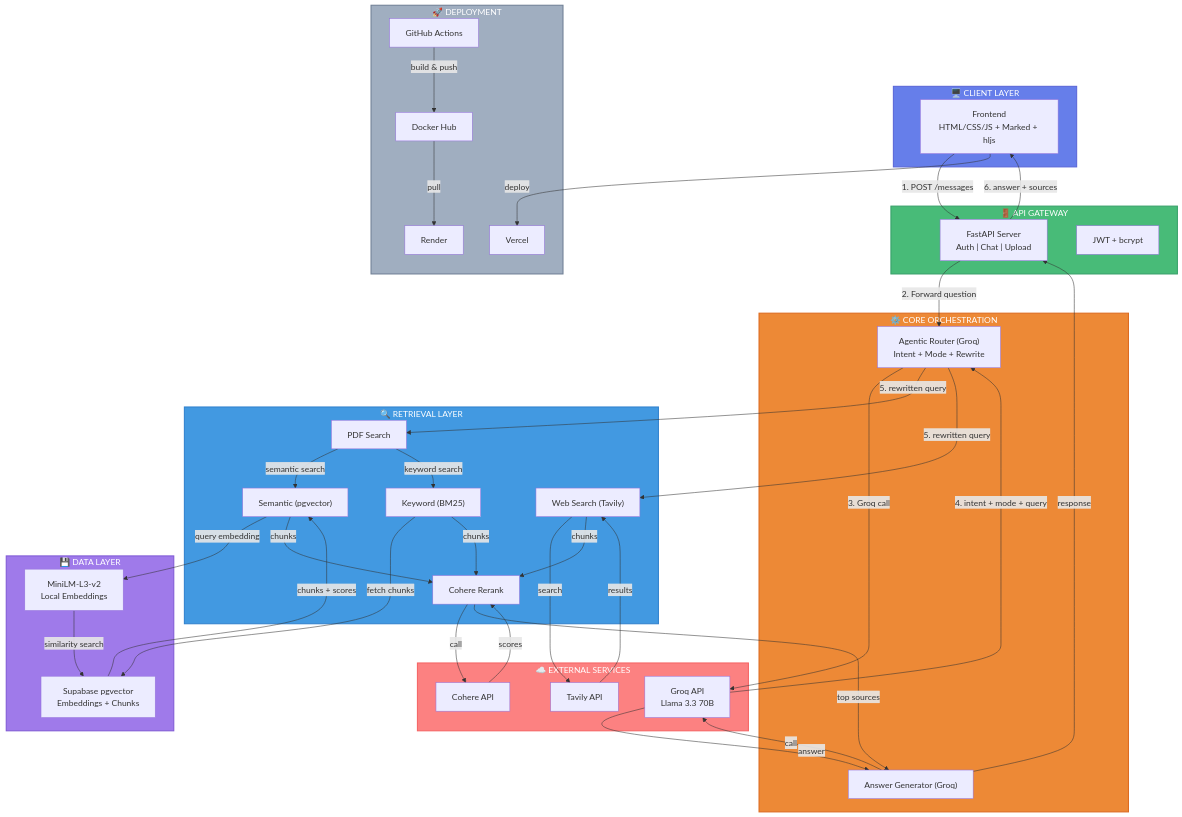
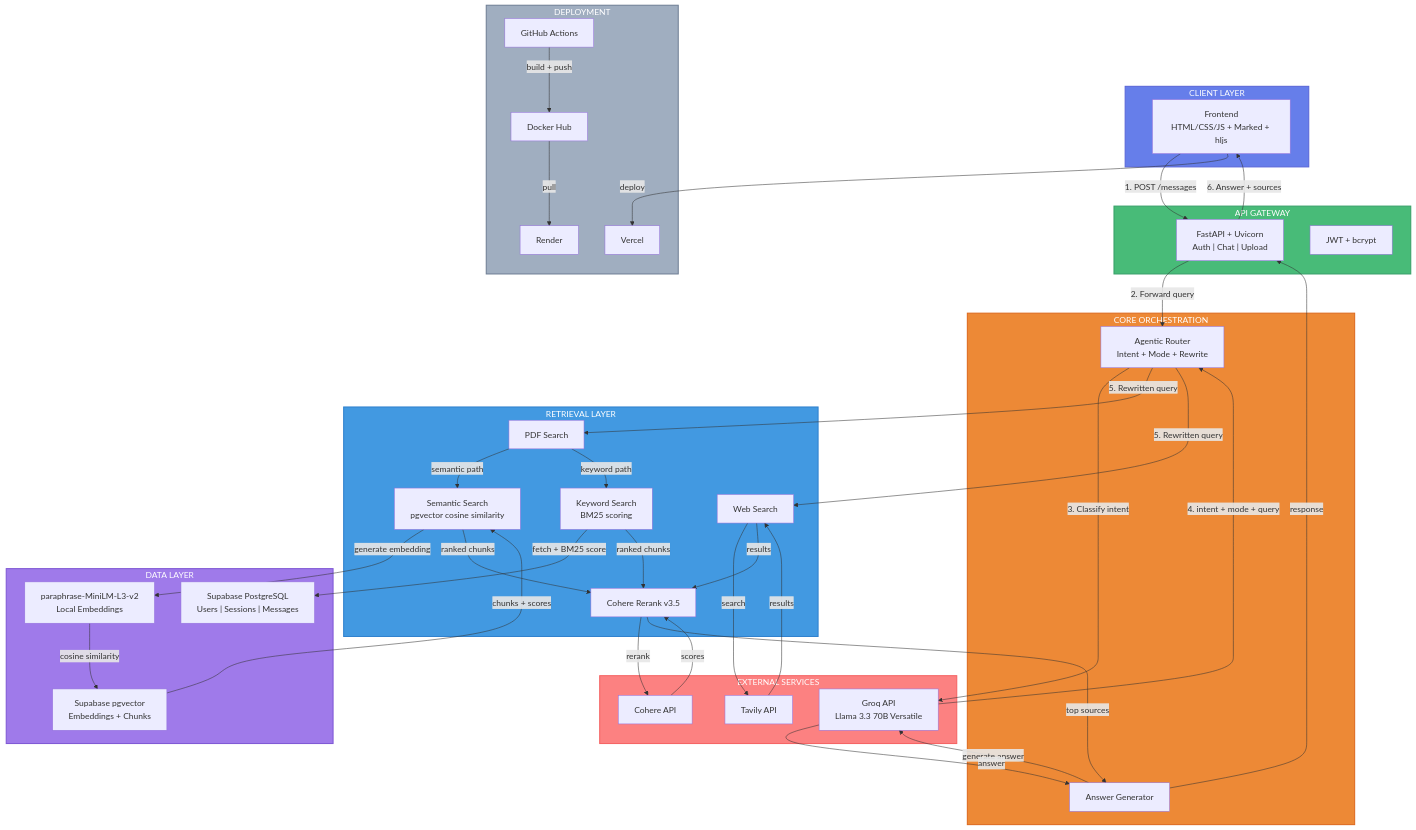
Before and after one commit to ajayraj30002/DualMind: the second of 3 diagrams in README.md, drawn with Mermaid. The commit also changed other lines of this file and 3 other files, not shown here.

First line of the commit message:
feat: overhaul README, add logo, .env.example, and parallelize PDF search

````diff
--- a/README.md
+++ b/README.md
@@ -52,83 +148,78 @@
 ```mermaid
 flowchart TB
-    subgraph CLIENT["🖥️ CLIENT LAYER"]
+    subgraph CLIENT["CLIENT LAYER"]
         UI["Frontend<br/>HTML/CSS/JS + Marked + hljs"]
     end
 
-    subgraph API["🚪 API GATEWAY"]
-        FAST["FastAPI Server<br/>Auth | Chat | Upload"]
+    subgraph API["API GATEWAY"]
+        FAST["FastAPI + Uvicorn<br/>Auth | Chat | Upload"]
         AUTH["JWT + bcrypt"]
     end
 
-    subgraph CORE["⚙️ CORE ORCHESTRATION"]
-        ROUTER["Agentic Router (Groq)<br/>Intent + Mode + Rewrite"]
-        GENERATOR["Answer Generator (Groq)"]
+    subgraph CORE["CORE ORCHESTRATION"]
+        ROUTER["Agentic Router<br/>Intent + Mode + Rewrite"]
+        GENERATOR["Answer Generator"]
     end
 
-    subgraph RETRIEVAL["🔍 RETRIEVAL LAYER"]
+    subgraph RETRIEVAL["RETRIEVAL LAYER"]
         PDF["PDF Search"]
-        SEMANTIC["Semantic (pgvector)"]
-        KEYWORD["Keyword (BM25)"]
-        WEB["Web Search (Tavily)"]
-        RERANK["Cohere Rerank"]
+        SEMANTIC["Semantic Search<br/>pgvector cosine similarity"]
+        KEYWORD["Keyword Search<br/>BM25 scoring"]
+        WEB["Web Search"]
+        RERANK["Cohere Rerank v3.5"]
     end
 
-    subgraph DATA["💾 DATA LAYER"]
-        SUPABASE["Supabase pgvector<br/>Embeddings + Chunks"]
-        VECTOR["MiniLM-L3-v2<br/>Local Embeddings"]
+    subgraph DATA["DATA LAYER"]
+        SUPABASE["Supabase PostgreSQL<br/>Users | Sessions | Messages"]
+        VECTOR["Supabase pgvector<br/>Embeddings + Chunks"]
+        EMBED["paraphrase-MiniLM-L3-v2<br/>Local Embeddings"]
     end
 
-    subgraph EXTERNAL["☁️ EXTERNAL SERVICES"]
-        GROQ["Groq API<br/>Llama 3.3 70B"]
+    subgraph EXTERNAL["EXTERNAL SERVICES"]
+        GROQ["Groq API<br/>Llama 3.3 70B Versatile"]
         TAVILY["Tavily API"]
         COHERE["Cohere API"]
     end
 
-    subgraph DEPLOY["🚀 DEPLOYMENT"]
+    subgraph DEPLOY["DEPLOYMENT"]
         GHA["GitHub Actions"]
         DOCKER["Docker Hub"]
         RENDER["Render"]
         VERCEL["Vercel"]
     end
 
-    %% USER FLOW (left to right)
-    UI -->|1. POST /messages| FAST
-    FAST -->|2. Forward question| ROUTER
-    ROUTER -->|3. Groq call| GROQ
-    GROQ -->|4. intent + mode + query| ROUTER
-    ROUTER -->|5. rewritten query| PDF
-    ROUTER -->|5. rewritten query| WEB
+    UI -->|"1. POST /messages"| FAST
+    FAST -->|"2. Forward query"| ROUTER
+    ROUTER -->|"3. Classify intent"| GROQ
+    GROQ -->|"4. intent + mode + query"| ROUTER
+    ROUTER -->|"5. Rewritten query"| PDF
+    ROUTER -->|"5. Rewritten query"| WEB
     
-    %% PDF RETRIEVAL FLOW
-    PDF -->|semantic search| SEMANTIC
-    PDF -->|keyword search| KEYWORD
-    SEMANTIC -->|query embedding| VECTOR
-    VECTOR -->|similarity search| SUPABASE
-    SUPABASE -->|chunks + scores| SEMANTIC
-    KEYWORD -->|fetch chunks| SUPABASE
+    PDF -->|semantic path| SEMANTIC
+    PDF -->|keyword path| KEYWORD
+    SEMANTIC -->|generate embedding| EMBED
+    EMBED -->|cosine similarity| VECTOR
+    VECTOR -->|chunks + scores| SEMANTIC
+    KEYWORD -->|fetch + BM25 score| SUPABASE
     
-    %% COMBINE RESULTS
-    SEMANTIC -->|chunks| RERANK
-    KEYWORD -->|chunks| RERANK
+    SEMANTIC -->|ranked chunks| RERANK
+    KEYWORD -->|ranked chunks| RERANK
     WEB -->|search| TAVILY
     TAVILY -->|results| WEB
-    WEB -->|chunks| RERANK
-    RERANK -->|call| COHERE
+    WEB -->|results| RERANK
+    RERANK -->|rerank| COHERE
     COHERE -->|scores| RERANK
     
-    %% FINAL ANSWER
     RERANK -->|top sources| GENERATOR
-    GENERATOR -->|call| GROQ
+    GENERATOR -->|generate answer| GROQ
     GROQ -->|answer| GENERATOR
     GENERATOR -->|response| FAST
-    FAST -->|6. answer + sources| UI
+    FAST -->|"6. Answer + sources"| UI
     
-    %% DEPLOYMENT FLOW
-    GHA -->|build & push| DOCKER
+    GHA -->|build + push| DOCKER
     DOCKER -->|pull| RENDER
     UI -->|deploy| VERCEL
 
-    %% Styling
     style CLIENT fill:#667eea,stroke:#5a67d8,stroke-width:2px,color:#fff
     style API fill:#48bb78,stroke:#38a169,stroke-width:2px,color:#fff
     style CORE fill:#ed8936,stroke:#dd6b20,stroke-width:2px,color:#fff
````
